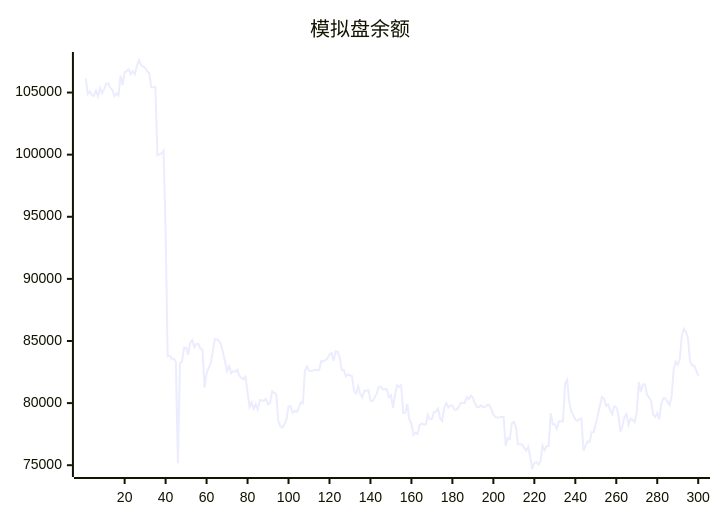
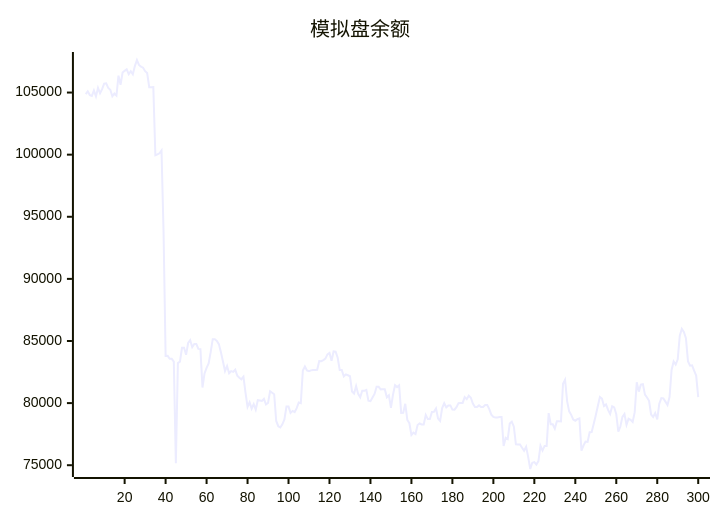
Before and after one commit to aahl/ai-trading: the diagram in README.md, drawn with Mermaid. The commit also changed other lines of this file and 1 other file, not shown here.

````diff
--- a/README.md
+++ b/README.md
@@ -5,5 +5,5 @@
 ```mermaid
 xychart
     title "模拟盘余额"
-    line [106141,104876,105103,104796,104734,105169,104690,105380,104941,105272,105709,105739,105374,105227,104691,104924,104762,106364,105628,106608,106748,106872,106485,106721,106468,107132,107620,107224,107080,107001,106717,106567,105431,105431,105440,99950,100017,100113,100337,93749,83795,83807,83567,83567,83342,75168,83222,83336,84448,84449,83896,84839,85065,84499,84757,84757,84364,84347,81254,82385,82835,83184,84099,85150,85150,85002,84751,84096,83356,82582,82983,82404,82572,82512,82688,82200,82047,81920,82125,80840,79688,80060,79552,79920,79470,80236,80208,80170,80336,79894,80006,80954,80837,80712,78561,78139,78037,78293,78682,79720,79720,79214,79372,79279,79591,80046,79993,82625,82950,82626,82571,82633,82670,82670,82681,83386,83378,83464,83579,83920,84037,83402,84160,84142,83652,82655,82655,82145,82315,82243,82163,80934,80770,81371,80742,80468,80989,80989,81067,80191,80155,80450,80737,81309,81309,81106,81119,81119,80471,80631,79624,80670,81448,81290,81429,79212,79222,79940,78643,78380,77432,77623,77504,78235,78358,78284,78277,79048,78714,78714,79290,79308,79567,78763,78563,79603,79988,79652,79813,79813,79476,79469,79673,79995,80015,80015,80486,80314,80600,80436,79966,79689,79689,79819,79692,79692,79850,79850,79518,79071,78889,78850,78850,78878,78878,76554,77202,77103,78357,78510,78106,76678,76677,76672,76411,76159,76485,75656,74695,75197,75246,75052,75334,76564,76179,76553,76551,79196,78300,78300,77944,78531,78531,78521,81564,81884,80160,79335,79055,78675,78580,78708,78764,76179,76586,76902,76876,77658,77669,78346,79023,79769,80497,80366,79761,79896,79448,79126,79749,79658,79097,77695,78114,78888,79126,78249,78738,78653,78478,79271,81680,80923,81488,81527,80681,80455,80190,79084,78879,79193,78686,79954,80403,80374,80118,79848,80491,82665,83351,83098,83525,85430,85983,85737,85221,83378,83014,83043,82613,82216]
+    line [104876,105103,104796,104734,105169,104690,105380,104941,105272,105709,105739,105374,105227,104691,104924,104762,106364,105628,106608,106748,106872,106485,106721,106468,107132,107620,107224,107080,107001,106717,106567,105431,105431,105440,99950,100017,100113,100337,93749,83795,83807,83567,83567,83342,75168,83222,83336,84448,84449,83896,84839,85065,84499,84757,84757,84364,84347,81254,82385,82835,83184,84099,85150,85150,85002,84751,84096,83356,82582,82983,82404,82572,82512,82688,82200,82047,81920,82125,80840,79688,80060,79552,79920,79470,80236,80208,80170,80336,79894,80006,80954,80837,80712,78561,78139,78037,78293,78682,79720,79720,79214,79372,79279,79591,80046,79993,82625,82950,82626,82571,82633,82670,82670,82681,83386,83378,83464,83579,83920,84037,83402,84160,84142,83652,82655,82655,82145,82315,82243,82163,80934,80770,81371,80742,80468,80989,80989,81067,80191,80155,80450,80737,81309,81309,81106,81119,81119,80471,80631,79624,80670,81448,81290,81429,79212,79222,79940,78643,78380,77432,77623,77504,78235,78358,78284,78277,79048,78714,78714,79290,79308,79567,78763,78563,79603,79988,79652,79813,79813,79476,79469,79673,79995,80015,80015,80486,80314,80600,80436,79966,79689,79689,79819,79692,79692,79850,79850,79518,79071,78889,78850,78850,78878,78878,76554,77202,77103,78357,78510,78106,76678,76677,76672,76411,76159,76485,75656,74695,75197,75246,75052,75334,76564,76179,76553,76551,79196,78300,78300,77944,78531,78531,78521,81564,81884,80160,79335,79055,78675,78580,78708,78764,76179,76586,76902,76876,77658,77669,78346,79023,79769,80497,80366,79761,79896,79448,79126,79749,79658,79097,77695,78114,78888,79126,78249,78738,78653,78478,79271,81680,80923,81488,81527,80681,80455,80190,79084,78879,79193,78686,79954,80403,80374,80118,79848,80491,82665,83351,83098,83525,85430,85983,85737,85221,83378,83014,83043,82613,82216,80477]
 ```
````
